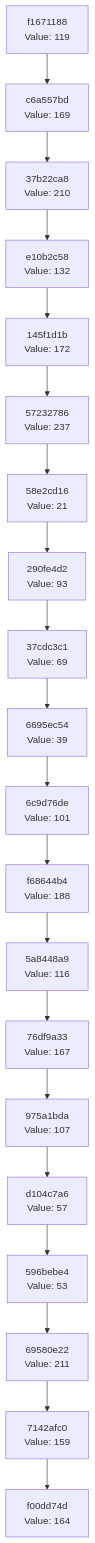
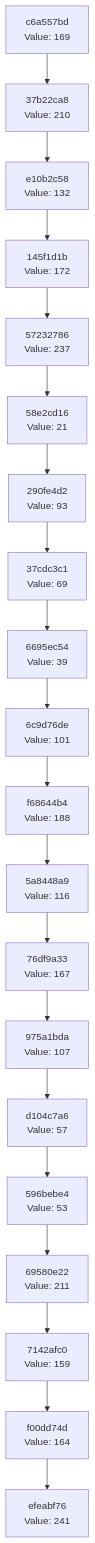
The diagram in docs/CHAIN_VISUALIZATION.md (Abhisheksinha1506/hash-chain-evolver), drawn with Mermaid before and after one commit. The commit also changed 2 other files, not shown here.

Commit message:
Evolution Step

````diff
--- a/docs/CHAIN_VISUALIZATION.md
+++ b/docs/CHAIN_VISUALIZATION.md
@@ -3,42 +3,42 @@
 ```mermaid
 graph TD
-    C0["f00dd74d<br/>Value: 164"]
-    C1["7142afc0<br/>Value: 159"]
+    C0["efeabf76<br/>Value: 241"]
+    C1["f00dd74d<br/>Value: 164"]
     C1 --> C0
-    C2["69580e22<br/>Value: 211"]
+    C2["7142afc0<br/>Value: 159"]
     C2 --> C1
-    C3["596bebe4<br/>Value: 53"]
+    C3["69580e22<br/>Value: 211"]
     C3 --> C2
-    C4["d104c7a6<br/>Value: 57"]
+    C4["596bebe4<br/>Value: 53"]
     C4 --> C3
-    C5["975a1bda<br/>Value: 107"]
+    C5["d104c7a6<br/>Value: 57"]
     C5 --> C4
-    C6["76df9a33<br/>Value: 167"]
+    C6["975a1bda<br/>Value: 107"]
     C6 --> C5
-    C7["5a8448a9<br/>Value: 116"]
+    C7["76df9a33<br/>Value: 167"]
     C7 --> C6
-    C8["f68644b4<br/>Value: 188"]
+    C8["5a8448a9<br/>Value: 116"]
     C8 --> C7
-    C9["6c9d76de<br/>Value: 101"]
+    C9["f68644b4<br/>Value: 188"]
     C9 --> C8
-    C10["6695ec54<br/>Value: 39"]
+    C10["6c9d76de<br/>Value: 101"]
     C10 --> C9
-    C11["37cdc3c1<br/>Value: 69"]
+    C11["6695ec54<br/>Value: 39"]
     C11 --> C10
-    C12["290fe4d2<br/>Value: 93"]
+    C12["37cdc3c1<br/>Value: 69"]
     C12 --> C11
-    C13["58e2cd16<br/>Value: 21"]
+    C13["290fe4d2<br/>Value: 93"]
     C13 --> C12
-    C14["57232786<br/>Value: 237"]
+    C14["58e2cd16<br/>Value: 21"]
     C14 --> C13
-    C15["145f1d1b<br/>Value: 172"]
+    C15["57232786<br/>Value: 237"]
     C15 --> C14
-    C16["e10b2c58<br/>Value: 132"]
+    C16["145f1d1b<br/>Value: 172"]
     C16 --> C15
-    C17["37b22ca8<br/>Value: 210"]
+    C17["e10b2c58<br/>Value: 132"]
     C17 --> C16
-    C18["c6a557bd<br/>Value: 169"]
+    C18["37b22ca8<br/>Value: 210"]
     C18 --> C17
-    C19["f1671188<br/>Value: 119"]
+    C19["c6a557bd<br/>Value: 169"]
     C19 --> C18
 ```
````
